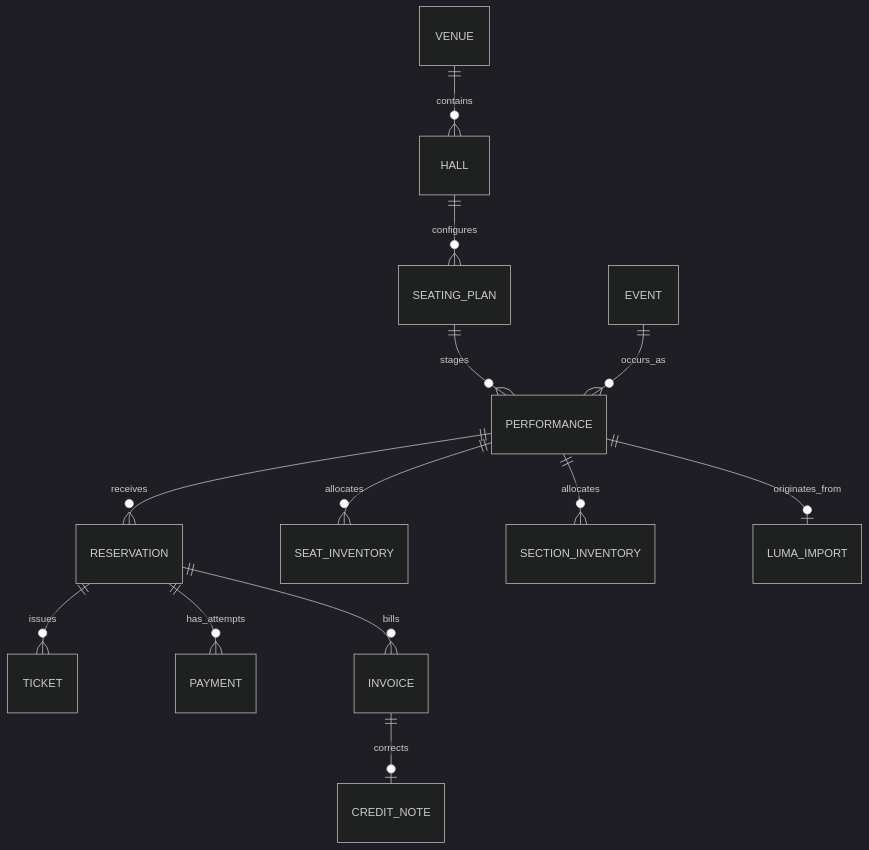
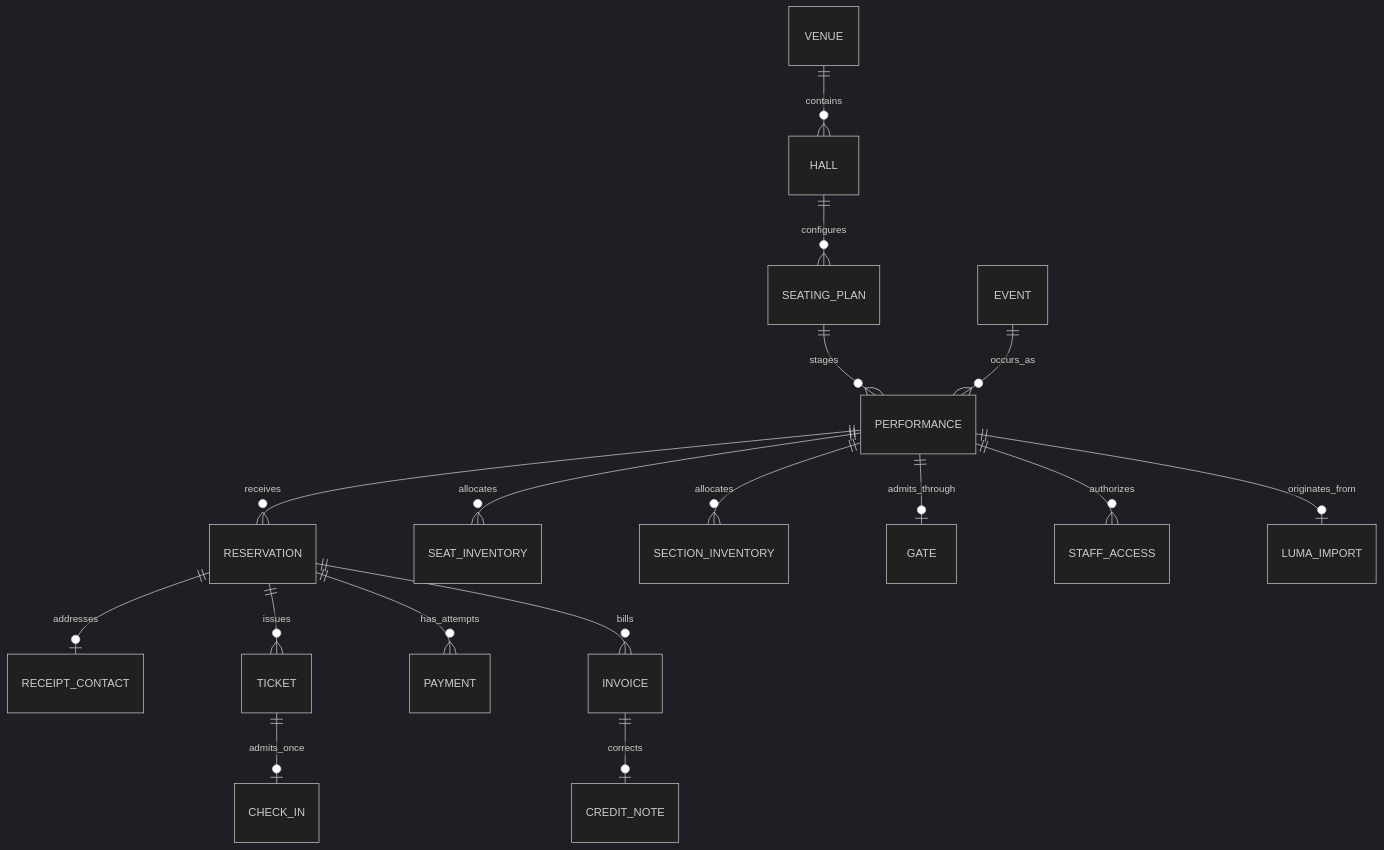
Before and after one commit to fluxzero-io/fluxzero-sample-ticketing: the diagram in docs/model.md, drawn with Mermaid (dark theme). The commit also changed other lines of this file and 56 other files, not shown here.

````diff
--- a/docs/model.md
+++ b/docs/model.md
@@ -3,15 +3,19 @@
 ```mermaid
 erDiagram
     VENUE ||--o{ HALL : contains
     HALL ||--o{ SEATING_PLAN : configures
     SEATING_PLAN ||--o{ PERFORMANCE : stages
     EVENT ||--o{ PERFORMANCE : occurs_as
     PERFORMANCE ||--o{ RESERVATION : receives
     PERFORMANCE ||--o{ SEAT_INVENTORY : allocates
     PERFORMANCE ||--o{ SECTION_INVENTORY : allocates
+    PERFORMANCE ||--o| GATE : admits_through
+    PERFORMANCE ||--o{ STAFF_ACCESS : authorizes
+    RESERVATION ||--o| RECEIPT_CONTACT : addresses
     RESERVATION ||--o{ TICKET : issues
+    TICKET ||--o| CHECK_IN : admits_once
     RESERVATION ||--o{ PAYMENT : has_attempts
     RESERVATION ||--o{ INVOICE : bills
     INVOICE ||--o| CREDIT_NOTE : corrects
     PERFORMANCE ||--o| LUMA_IMPORT : originates_from
 ```
````
